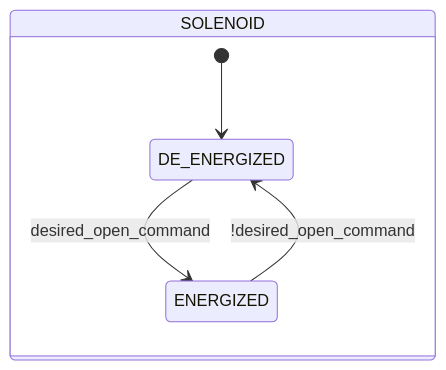
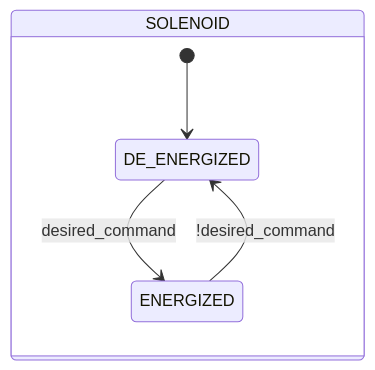
The second of 2 diagrams in docs/it/library/valves/solenoid/index.md (AleFire99/TIA_knowledge), drawn with Mermaid before and after one commit. The commit also changed other lines of this file and 69 other files, not shown here.

````diff
--- a/docs/it/library/valves/solenoid/index.md
+++ b/docs/it/library/valves/solenoid/index.md
@@ -43,8 +60,8 @@
 ```mermaid
 stateDiagram-v2
 state SOLENOID{
     [*] --> DE_ENERGIZED
-    DE_ENERGIZED --> ENERGIZED : desired_open_command
-    ENERGIZED --> DE_ENERGIZED : !desired_open_command
+    DE_ENERGIZED --> ENERGIZED : desired_command
+    ENERGIZED --> DE_ENERGIZED : !desired_command
 }
 ```
````
